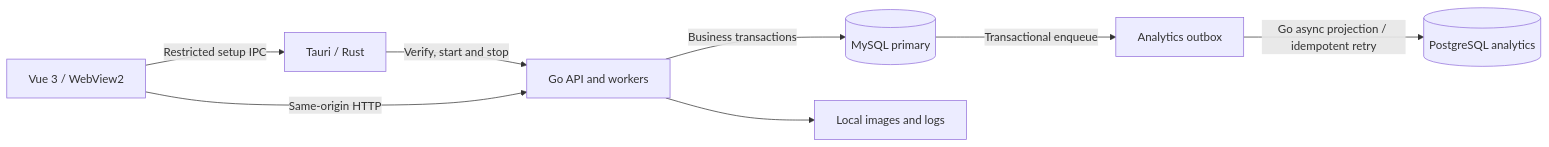
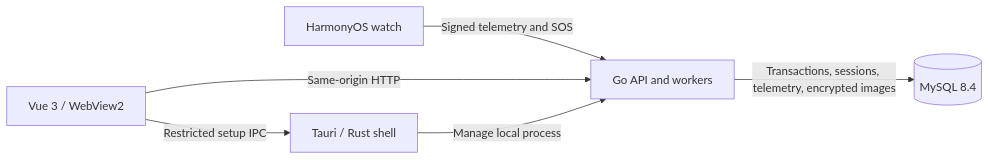
One commit to WatchTestCs/smart-elderly-watch-management changed the diagram in README.en.md. Above: the diagram before and after it, drawn with Mermaid. The commit also changed other lines of this file and 4 other files, not shown here.

````diff
--- a/README.en.md
+++ b/README.en.md
@@ -107,10 +99,8 @@
 ```mermaid
 flowchart LR
-    R["Tauri / Rust"] -->|"Verify, start and stop"| G["Go API and workers"]
+    W["HarmonyOS watch"] -->|"Signed telemetry and SOS"| G["Go API and workers"]
     V["Vue 3 / WebView2"] -->|"Same-origin HTTP"| G
-    V -->|"Restricted setup IPC"| R
-    G -->|"Business transactions"| M[("MySQL primary")]
-    M -->|"Transactional enqueue"| O["Analytics outbox"]
-    O -->|"Go async projection / idempotent retry"| P[("PostgreSQL analytics")]
-    G --> F["Local images and logs"]
+    V -->|"Restricted setup IPC"| R["Tauri / Rust shell"]
+    R -->|"Manage local process"| G
+    G -->|"Transactions, sessions, telemetry, encrypted images"| M[("MySQL 8.4")]
 ```
````
